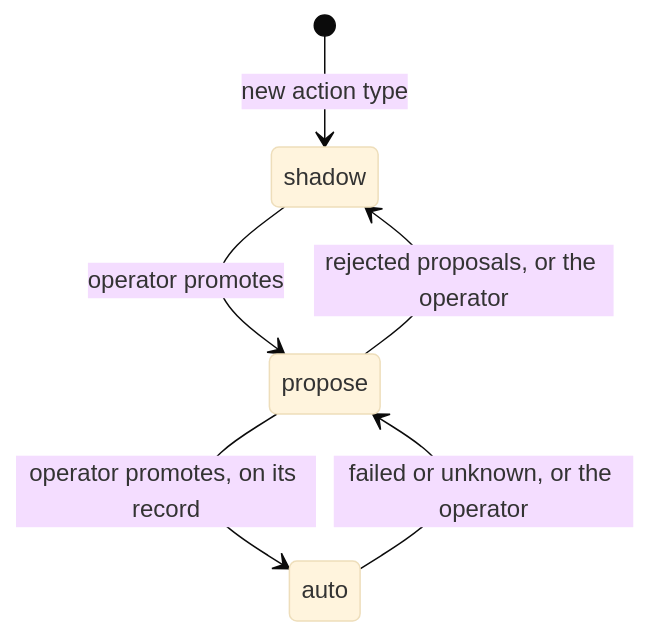
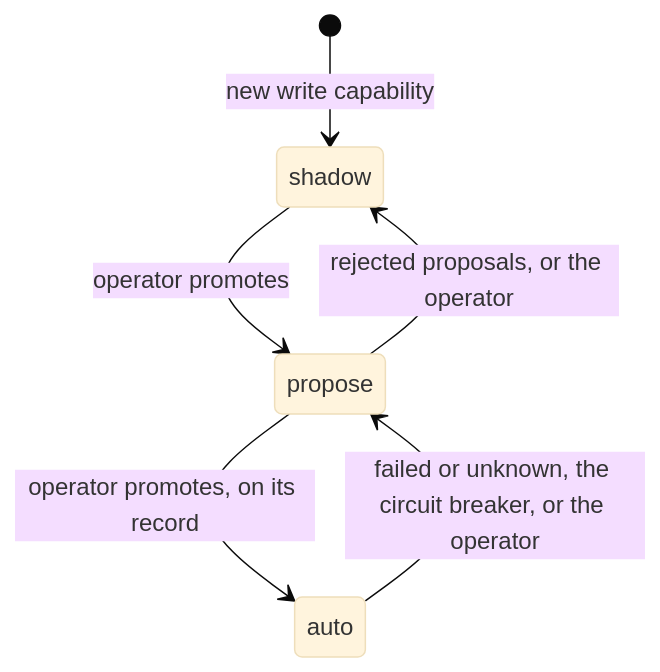
One commit to chipi/flotilla changed the third of 7 diagrams in docs/rfc/RFC-0004-agent-pipeline.md. Above: the diagram before and after it, drawn with Mermaid (base theme). The commit also changed other lines of this file, not shown here.

````diff
--- a/docs/rfc/RFC-0004-agent-pipeline.md
+++ b/docs/rfc/RFC-0004-agent-pipeline.md
@@ -307,8 +308,8 @@
 ```mermaid
 stateDiagram-v2
-    [*] --> shadow: new action type
+    [*] --> shadow: new write capability
     shadow --> propose: operator promotes
     propose --> auto: operator promotes, on its record
-    auto --> propose: failed or unknown, or the operator
+    auto --> propose: failed or unknown, the circuit breaker, or the operator
     propose --> shadow: rejected proposals, or the operator
 ```
````
